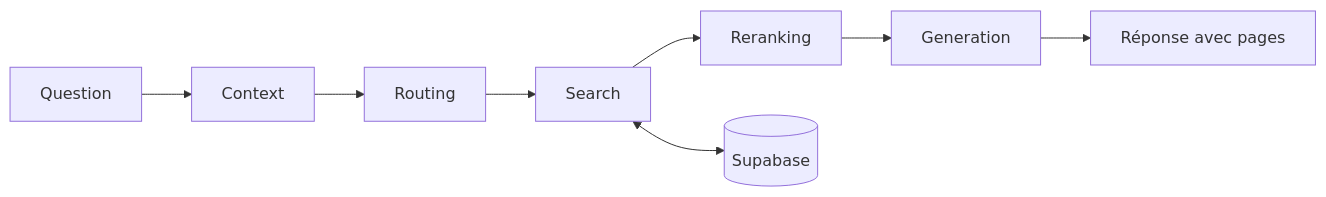
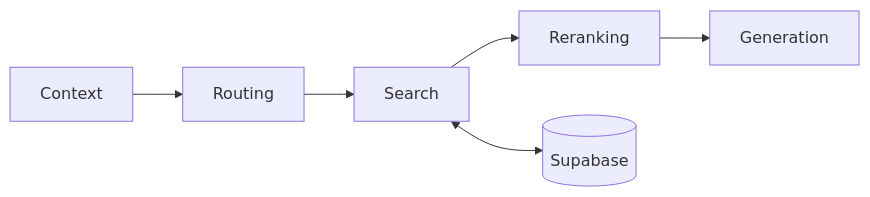
Before and after one commit to rlescao-creator/chat-botte-rag: the third of 3 diagrams in README.md, drawn with Mermaid. The commit also changed other lines of this file, not shown here.

Commit message:
README: larger diagrams

````diff
--- a/README.md
+++ b/README.md
@@ -80,10 +83,5 @@
 ```mermaid
 flowchart LR
-  Q[Question] --> C[Context]
-  C --> R[Routing]
-  R --> S[Search]
-  S --> K[Reranking]
-  K --> G[Generation]
-  G --> A[Réponse avec pages]
+  C[Context] --> R[Routing] --> S[Search] --> K[Reranking] --> G[Generation]
   S <--> DB[(Supabase)]
 ```
````
